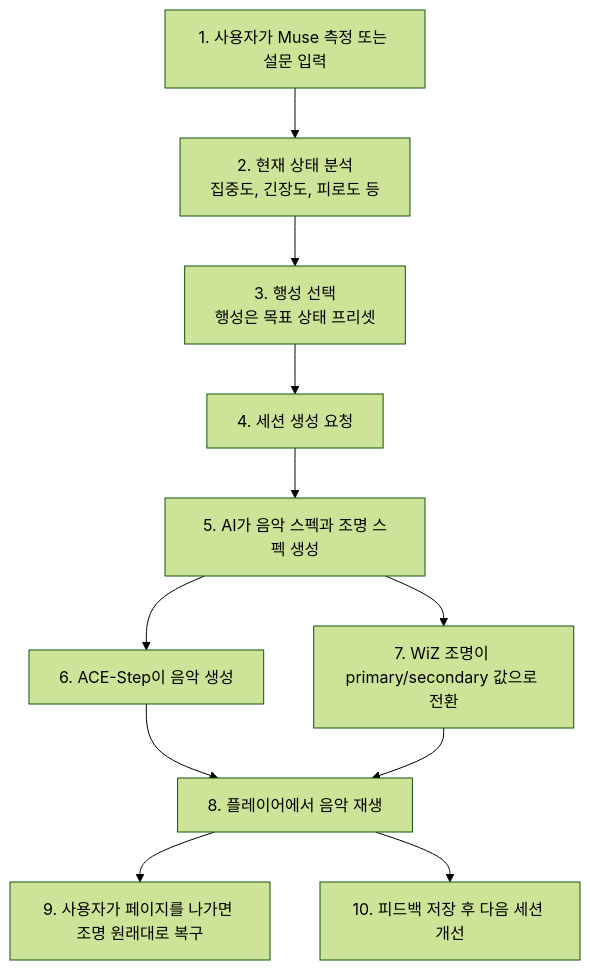
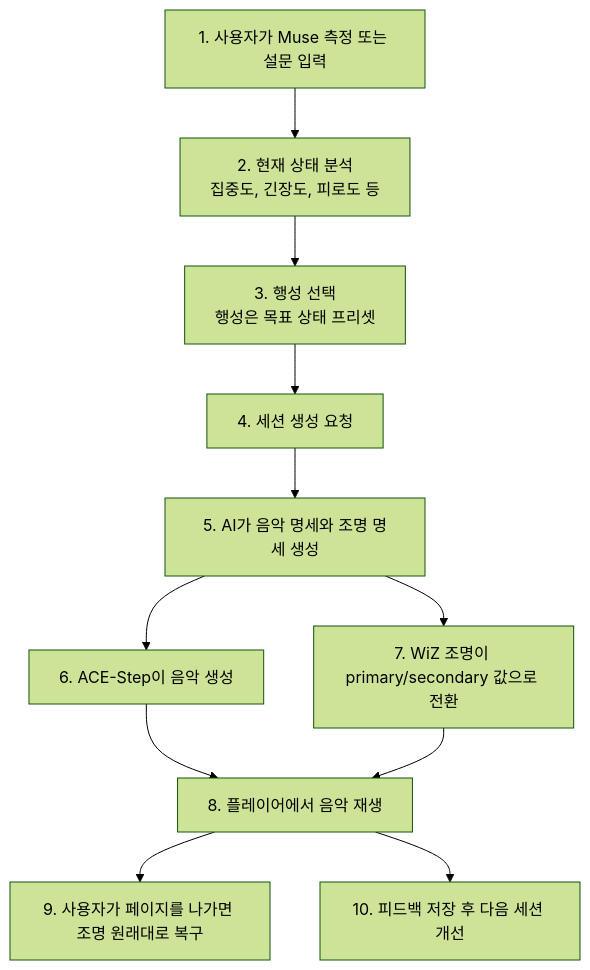
Before and after one commit to soonha01/noosbeta260215: the second of 7 diagrams in docs/system-flow-diagrams/README.md, drawn with Mermaid (forest theme). The commit also changed other lines of this file and 7 other files, not shown here.

````diff
--- a/docs/system-flow-diagrams/README.md
+++ b/docs/system-flow-diagrams/README.md
@@ -30,13 +30,13 @@
 ```mermaid
 flowchart TD
   A["1. 사용자가 Muse 측정 또는 설문 입력"] --> B["2. 현재 상태 분석<br/>집중도, 긴장도, 피로도 등"]
   B --> C["3. 행성 선택<br/>행성은 목표 상태 프리셋"]
   C --> D["4. 세션 생성 요청"]
-  D --> E["5. AI가 음악 스펙과 조명 스펙 생성"]
+  D --> E["5. AI가 음악 명세와 조명 명세 생성"]
   E --> F["6. ACE-Step이 음악 생성"]
   E --> G["7. WiZ 조명이 primary/secondary 값으로 전환"]
   F --> H["8. 플레이어에서 음악 재생"]
   G --> H
   H --> I["9. 사용자가 페이지를 나가면 조명 원래대로 복구"]
   H --> J["10. 피드백 저장 후 다음 세션 개선"]
 ```
````
